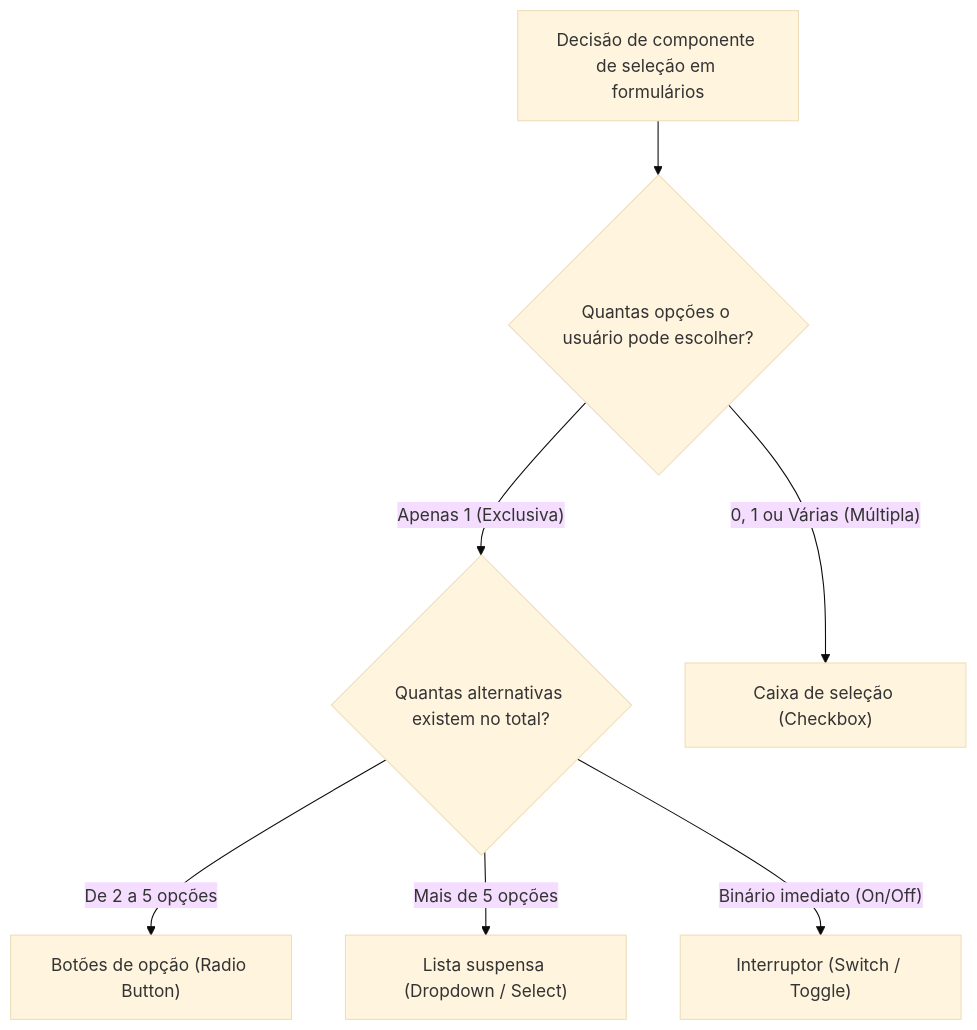
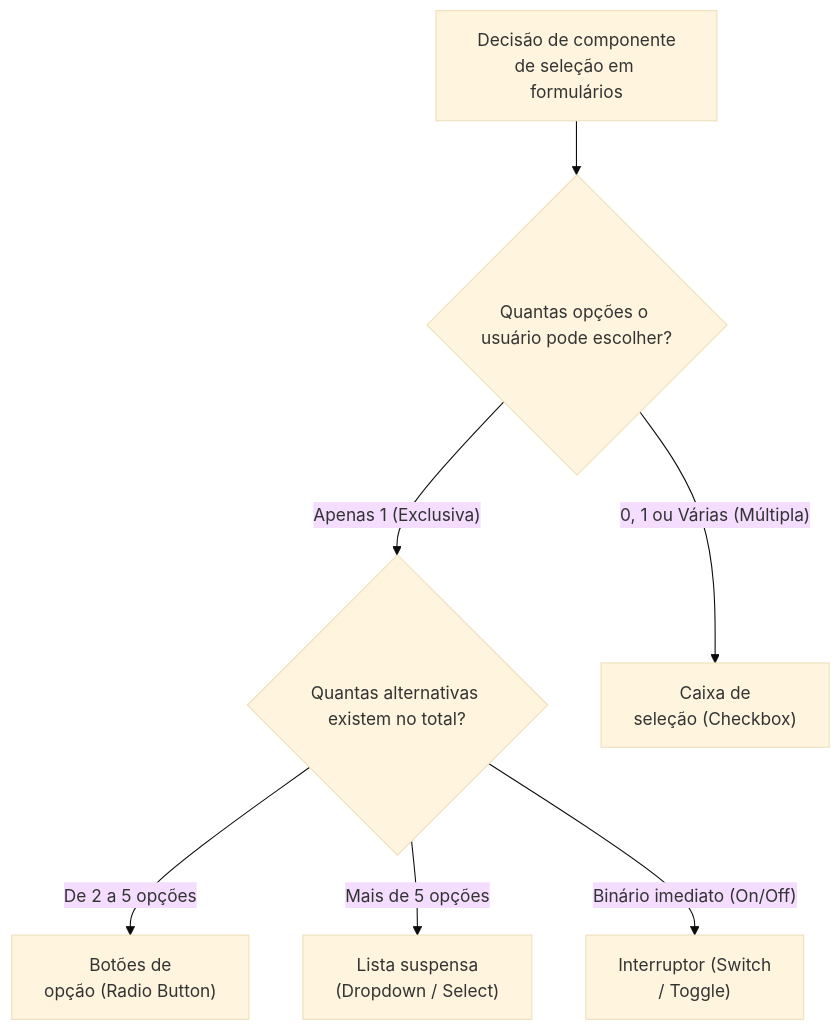
Before and after one commit to leorruas/puc: the second of 3 diagrams in 08. Design de Interacao/15. Componentes e recomendações ergonômicas em sistemas interativos.md, drawn with Mermaid (base theme). The commit also changed other lines of this file and 16 other files, not shown here.

Commit message:
style(mermaid): comprehensive audit and optimization of 45 Mermaid blocks across all 22 topic notes

````diff
--- a/08. Design de Interacao/15. Componentes e recomendações ergonômicas em sistemas interativos.md
+++ b/08. Design de Interacao/15. Componentes e recomendações ergonômicas em sistemas interativos.md
@@ -70,9 +70,9 @@
 ```mermaid
 graph TD
-    Seleção["Decisão de componente de seleção em formulários"] --> Q1{"Quantas opções o usuário pode escolher?"}
+    Seleção["Decisão de componente<br>de seleção em formulários"] --> Q1{"Quantas opções o usuário pode escolher?"}
     Q1 -- "Apenas 1 (Exclusiva)" --> Q2{"Quantas alternativas existem no total?"}
-    Q1 -- "0, 1 ou Várias (Múltipla)" --> Checkbox["Caixa de seleção (Checkbox)"]
-    Q2 -- "De 2 a 5 opções" --> Radio["Botões de opção (Radio Button)"]
-    Q2 -- "Mais de 5 opções" --> Dropdown["Lista suspensa (Dropdown / Select)"]
-    Q2 -- "Binário imediato (On/Off)" --> Toggle["Interruptor (Switch / Toggle)"]
+    Q1 -- "0, 1 ou Várias (Múltipla)" --> Checkbox["Caixa de<br>seleção (Checkbox)"]
+    Q2 -- "De 2 a 5 opções" --> Radio["Botões de<br>opção (Radio Button)"]
+    Q2 -- "Mais de 5 opções" --> Dropdown["Lista suspensa<br>(Dropdown / Select)"]
+    Q2 -- "Binário imediato (On/Off)" --> Toggle["Interruptor (Switch<br>/ Toggle)"]
 ```
````
